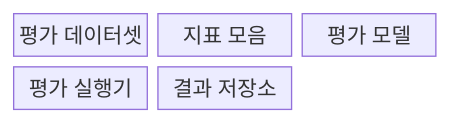
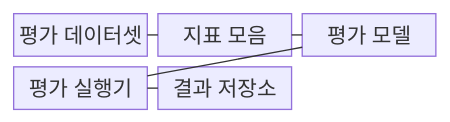
The first of 2 diagrams in src/content/docs/notes/08-latest-tech/082_ragas.md (agnusdei1207/knowledge-base), drawn with Mermaid before and after one commit. The commit also changed other lines of this file and 228 other files, not shown here.

````diff
--- a/src/content/docs/notes/08-latest-tech/082_ragas.md
+++ b/src/content/docs/notes/08-latest-tech/082_ragas.md
@@ -51,9 +51,13 @@
 ```mermaid
 block-beta
     columns 3
     D["평가 데이터셋"]
     M["지표 모음"]
     E["평가 모델"]
     X["평가 실행기"]
     R["결과 저장소"]
+    D --- M
+    M --- E
+    E --- X
+    X --- R
 ```
````
